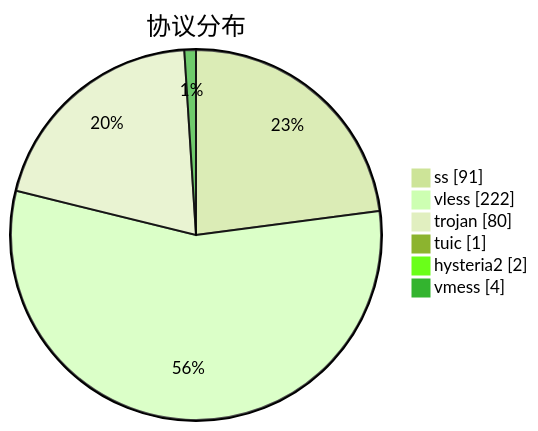
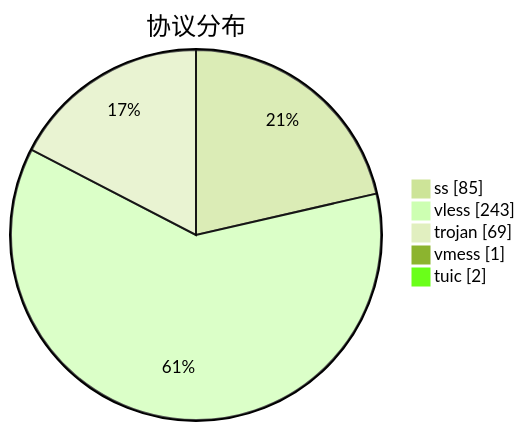
The third of 3 diagrams in subs/statistics/tested_within.md (qjlxg/airport), drawn with Mermaid (forest theme) before and after one commit. The commit also changed other lines of this file and 2 other files, not shown here.

````diff
--- a/subs/statistics/tested_within.md
+++ b/subs/statistics/tested_within.md
@@ -29,10 +27,9 @@
 ```mermaid
 pie showData
 title 协议分布
-"ss" : 91
-"vless" : 222
-"trojan" : 80
-"tuic" : 1
-"hysteria2" : 2
-"vmess" : 4
+"ss" : 85
+"vless" : 243
+"trojan" : 69
+"vmess" : 1
+"tuic" : 2
 ```
````
